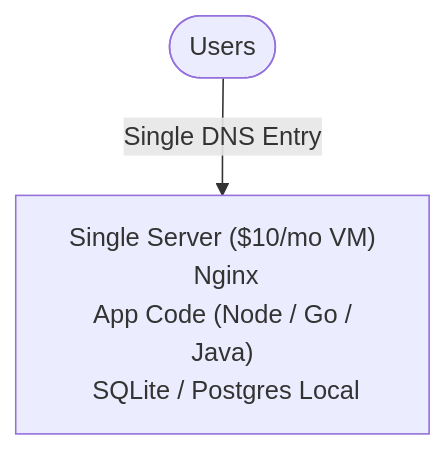
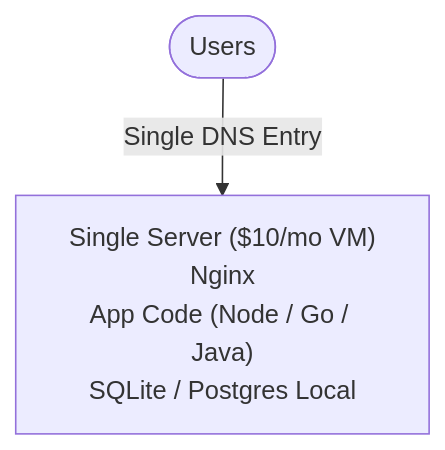
The third of 16 diagrams in README.md (Sujalkathait/high-level-design), drawn with Mermaid before and after one commit. The commit also changed other lines of this file, not shown here.

Commit message:
docs: polish root README.md with comprehensive deep-dive links and clean Mermaid syntax

````diff
--- a/README.md
+++ b/README.md
@@ -114,4 +122,4 @@
 ```mermaid
 flowchart TD
-    User(["Users"]) -->|Single DNS Entry| Box[" Single Server ($10/mo VM)<br/> Nginx<br/> App Code (Node / Go / Java)<br/> SQLite / Postgres Local"]
+    User(["Users"]) -->|Single DNS Entry| Box["Single Server ($10/mo VM)<br/>Nginx<br/>App Code (Node / Go / Java)<br/>SQLite / Postgres Local"]
 ```
````
